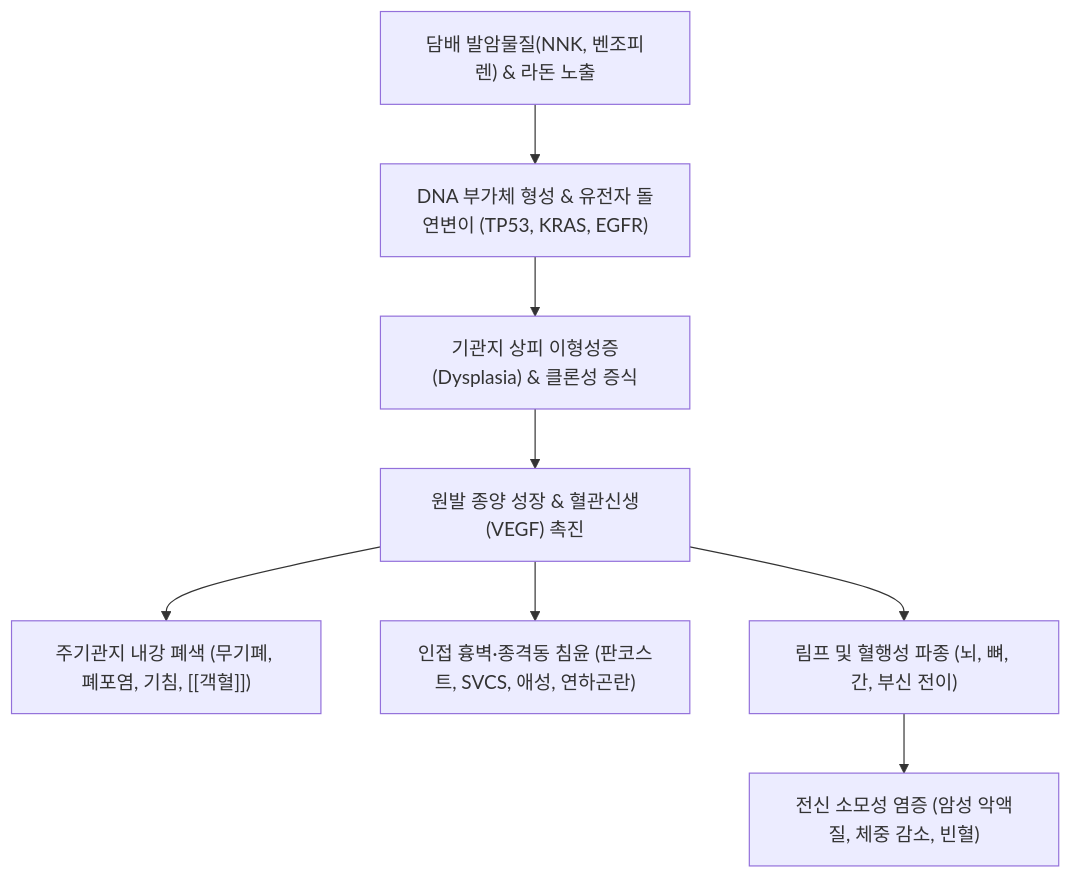
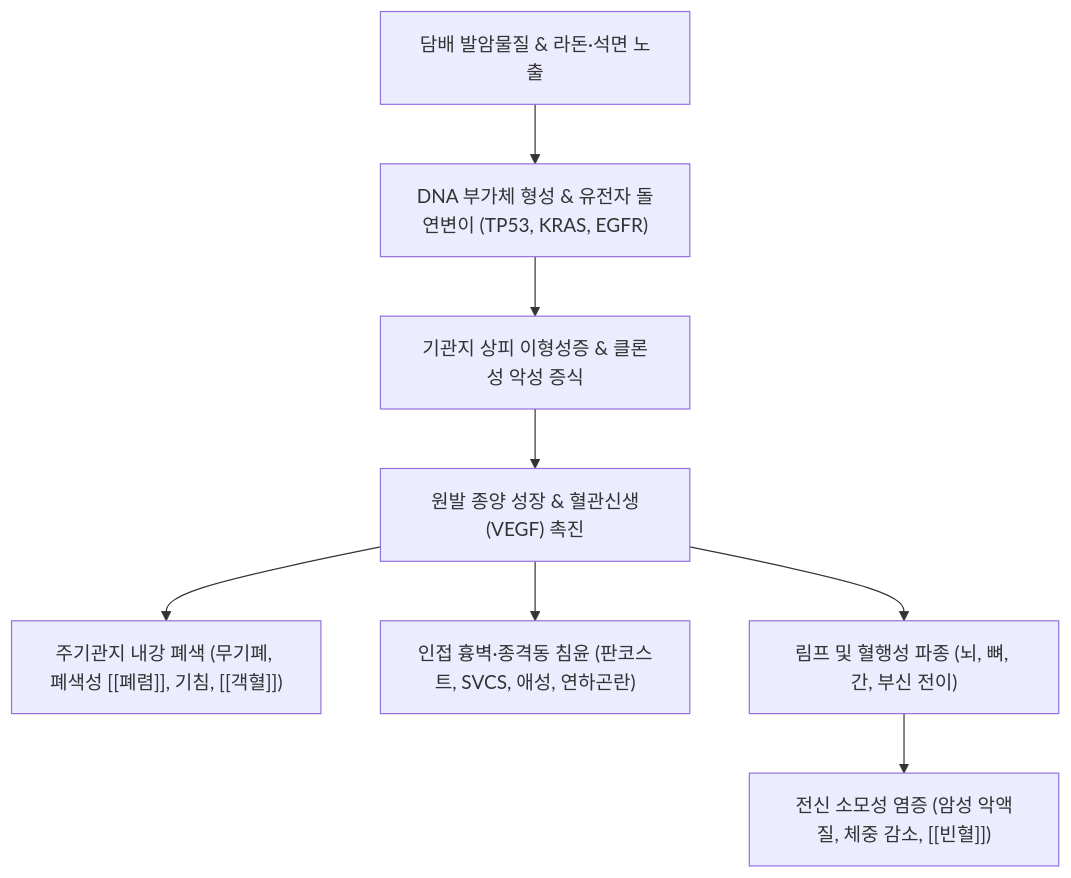
One commit to simbio11/simbio-digital-garden2 changed the diagram in content/3. 이론 공부/질환/호흡기 질환/기관지·폐/폐암.md. Above: the diagram before and after it, drawn with Mermaid. The commit also changed other lines of this file and 86 other files, not shown here.

````diff
--- a/content/3. 이론 공부/질환/호흡기 질환/기관지·폐/폐암.md
+++ b/content/3. 이론 공부/질환/호흡기 질환/기관지·폐/폐암.md
@@ -60,10 +72,10 @@
 ```mermaid
 graph TD
-    Carcinogens["담배 발암물질(NNK, 벤조피렌) & 라돈 노출"] --> DnaAdducts["DNA 부가체 형성 & 유전자 돌연변이 (TP53, KRAS, EGFR)"]
-    DnaAdducts --> ClonalExpansion["기관지 상피 이형성증(Dysplasia) & 클론성 증식"]
+    Carcinogens["담배 발암물질 & 라돈·석면 노출"] --> DnaAdducts["DNA 부가체 형성 & 유전자 돌연변이 (TP53, KRAS, EGFR)"]
+    DnaAdducts --> ClonalExpansion["기관지 상피 이형성증 & 클론성 악성 증식"]
     ClonalExpansion --> TumorGrowth["원발 종양 성장 & 혈관신생(VEGF) 촉진"]
-    TumorGrowth --> CentralOcclusion["주기관지 내강 폐색 (무기폐, 폐포염, 기침, [[객혈]])"]
+    TumorGrowth --> CentralOcclusion["주기관지 내강 폐색 (무기폐, 폐색성 [[폐렴]], 기침, [[객혈]])"]
     TumorGrowth --> LocalInvasion["인접 흉벽·종격동 침윤 (판코스트, SVCS, 애성, 연하곤란)"]
     TumorGrowth --> DistantMetastasis["림프 및 혈행성 파종 (뇌, 뼈, 간, 부신 전이)"]
-    DistantMetastasis --> CancerCachexia["전신 소모성 염증 (암성 악액질, 체중 감소, 빈혈)"]
+    DistantMetastasis --> CancerCachexia["전신 소모성 염증 (암성 악액질, 체중 감소, [[빈혈]])"]
 ```
````
